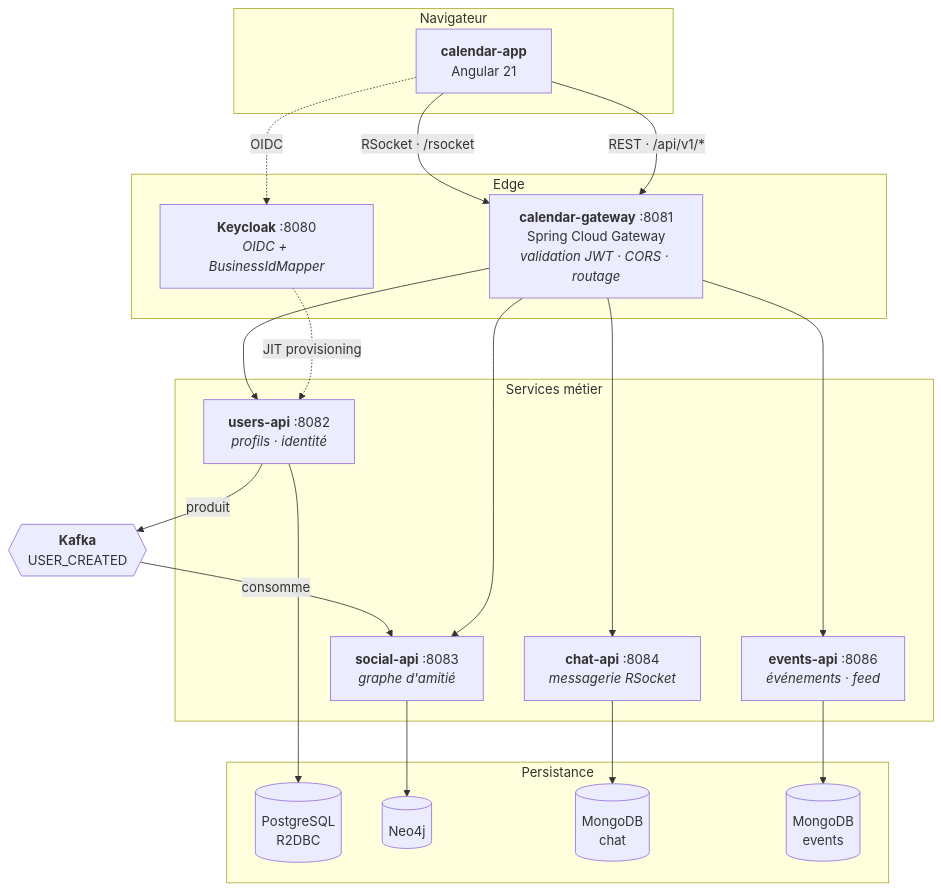
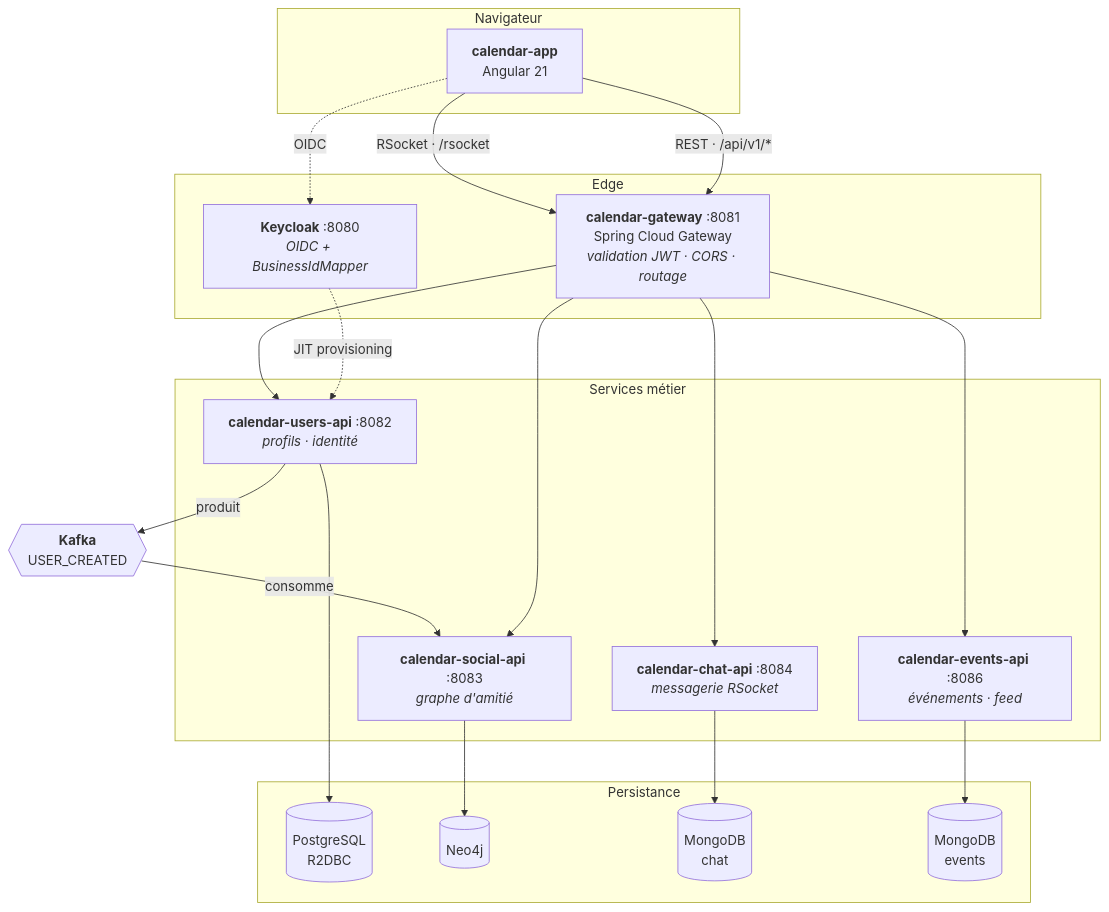
The first of 3 diagrams in README.md (WelyLabs/wely-platform), drawn with Mermaid before and after one commit. The commit also changed other lines of this file, not shown here.

````diff
--- a/README.md
+++ b/README.md
@@ -44,41 +44,41 @@
 ```mermaid
 graph TB
     subgraph client["Navigateur"]
         FE["<b>calendar-app</b><br/>Angular 21"]
     end
 
     subgraph edge["Edge"]
         GW["<b>calendar-gateway</b> :8081<br/>Spring Cloud Gateway<br/><i>validation JWT · CORS · routage</i>"]
         KC["<b>Keycloak</b> :8080<br/><i>OIDC + BusinessIdMapper</i>"]
     end
 
     subgraph services["Services métier"]
-        U["<b>users-api</b> :8082<br/><i>profils · identité</i>"]
-        S["<b>social-api</b> :8083<br/><i>graphe d'amitié</i>"]
-        C["<b>chat-api</b> :8084<br/><i>messagerie RSocket</i>"]
-        E["<b>events-api</b> :8086<br/><i>événements · feed</i>"]
+        U["<b>calendar-users-api</b> :8082<br/><i>profils · identité</i>"]
+        S["<b>calendar-social-api</b> :8083<br/><i>graphe d'amitié</i>"]
+        C["<b>calendar-chat-api</b> :8084<br/><i>messagerie RSocket</i>"]
+        E["<b>calendar-events-api</b> :8086<br/><i>événements · feed</i>"]
     end
 
     subgraph data["Persistance"]
         PG[("PostgreSQL<br/>R2DBC")]
         NEO[("Neo4j")]
         MG1[("MongoDB<br/>chat")]
         MG2[("MongoDB<br/>events")]
     end
 
     K{{"<b>Kafka</b><br/>USER_CREATED"}}
 
     FE -->|"REST · /api/v1/*"| GW
     FE -->|"RSocket · /rsocket"| GW
     FE -.->|"OIDC"| KC
     KC -.->|"JIT provisioning"| U
 
     GW --> U & S & C & E
 
     U --> PG
     U -->|"produit"| K
     K -->|"consomme"| S
     S --> NEO
     C --> MG1
     E --> MG2
 ```
````
